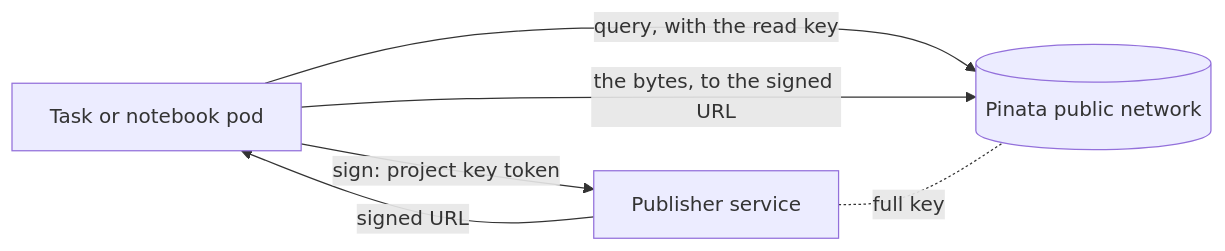
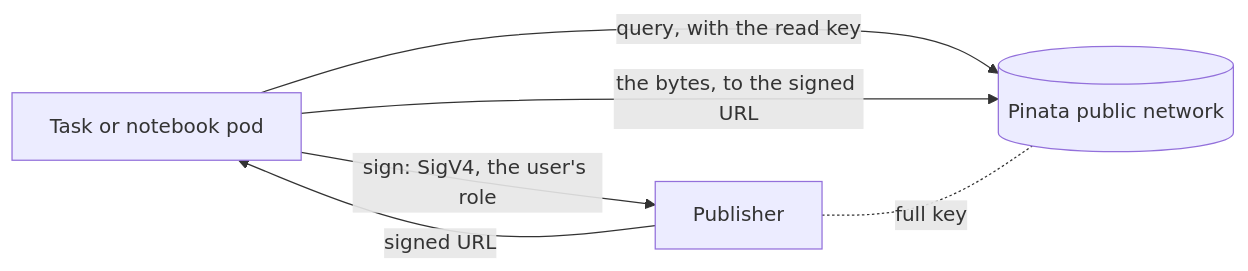
Before and after one commit to StargazerBio/stargazer: the second of 2 diagrams in docs/architecture/configuration.md, drawn with Mermaid. The commit also changed other lines of this file and 12 other files, not shown here.

First line of the commit message:
Sign publisher requests with the pod's AWS role; drop the file mount

````diff
--- a/docs/architecture/configuration.md
+++ b/docs/architecture/configuration.md
@@ -69,8 +69,8 @@
 ```mermaid
 flowchart LR
     pod[Task or notebook pod] -- "query, with the read key" --> P[(Pinata public network)]
-    pod -- "sign: project key token" --> S[Publisher service]
+    pod -- "sign: SigV4, the user's role" --> S[Publisher]
     S -- "signed URL" --> pod
     pod -- "the bytes, to the signed URL" --> P
     S -. "full key" .- P
 ```
````
